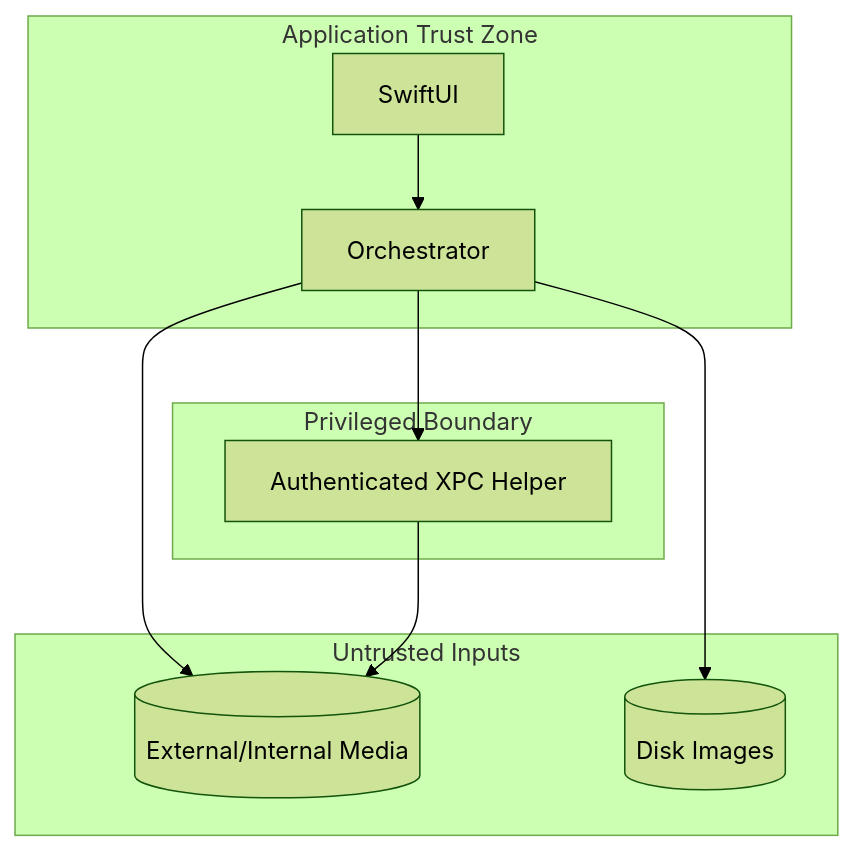
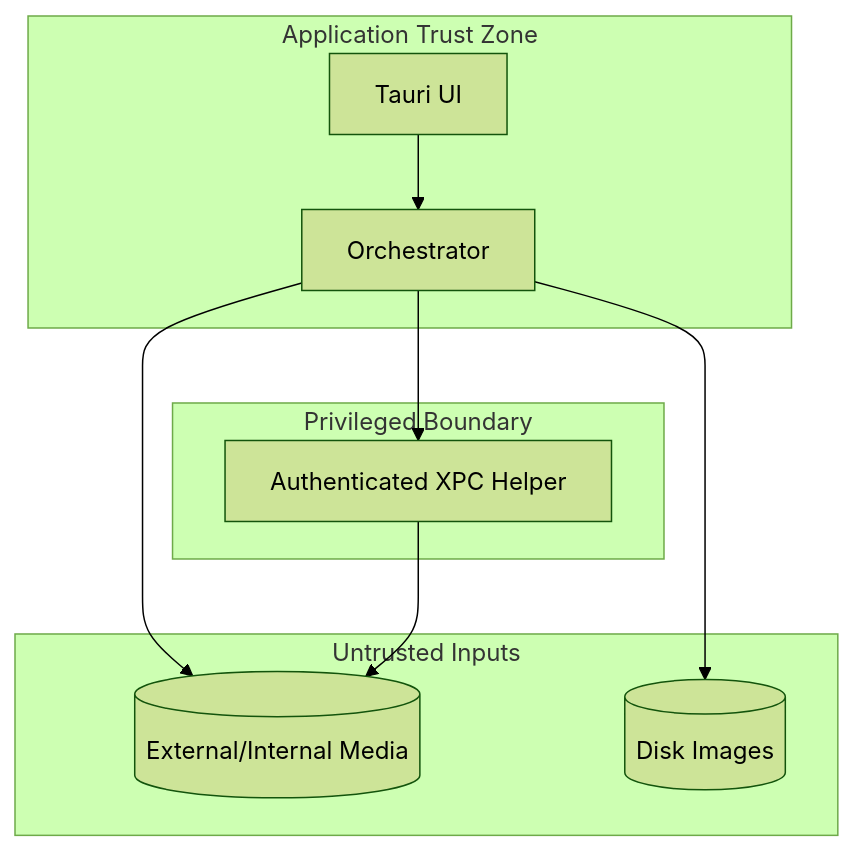
Before and after one commit to pranay-tecnomi/data-recovery: the diagram in docs/diagrams/TRUST_BOUNDARIES.md, drawn with Mermaid (forest theme). The commit also changed 16 other files, not shown here.

````diff
--- a/docs/diagrams/TRUST_BOUNDARIES.md
+++ b/docs/diagrams/TRUST_BOUNDARIES.md
@@ -3,19 +3,19 @@
 ```mermaid
 flowchart TB
  subgraph Trusted["Application Trust Zone"]
- UI[SwiftUI]
+ UI[Tauri UI]
  APP[Orchestrator]
  end
  subgraph Priv["Privileged Boundary"]
  XPC[Authenticated XPC Helper]
  end
  subgraph Untrusted["Untrusted Inputs"]
  DEV[(External/Internal Media)]
  IMG[(Disk Images)]
  end
  UI --> APP
  APP --> XPC
  APP --> DEV
  APP --> IMG
  XPC --> DEV
 ```
````
